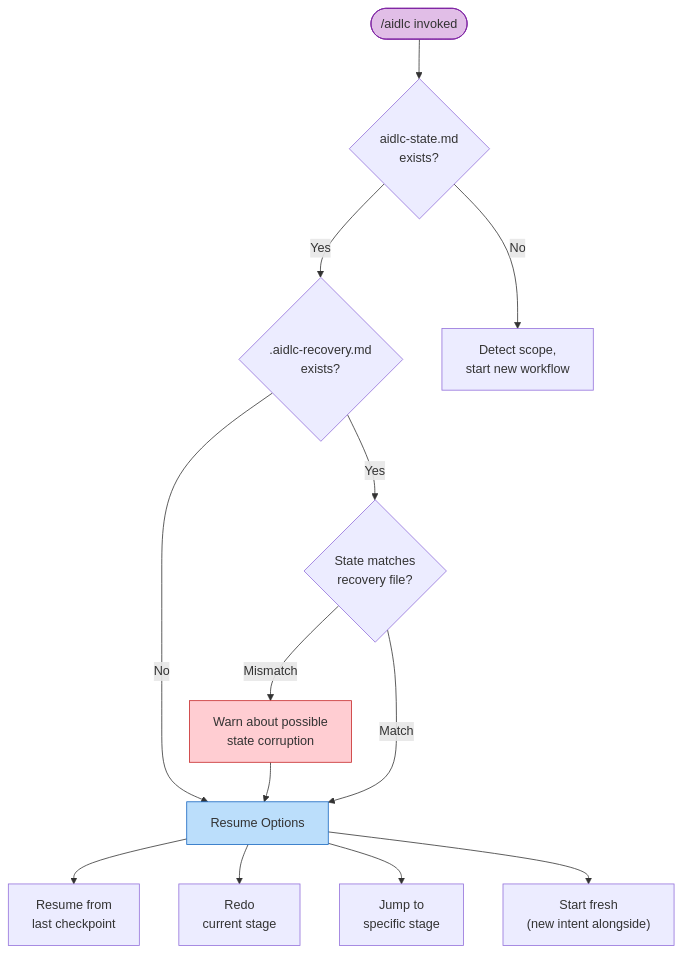
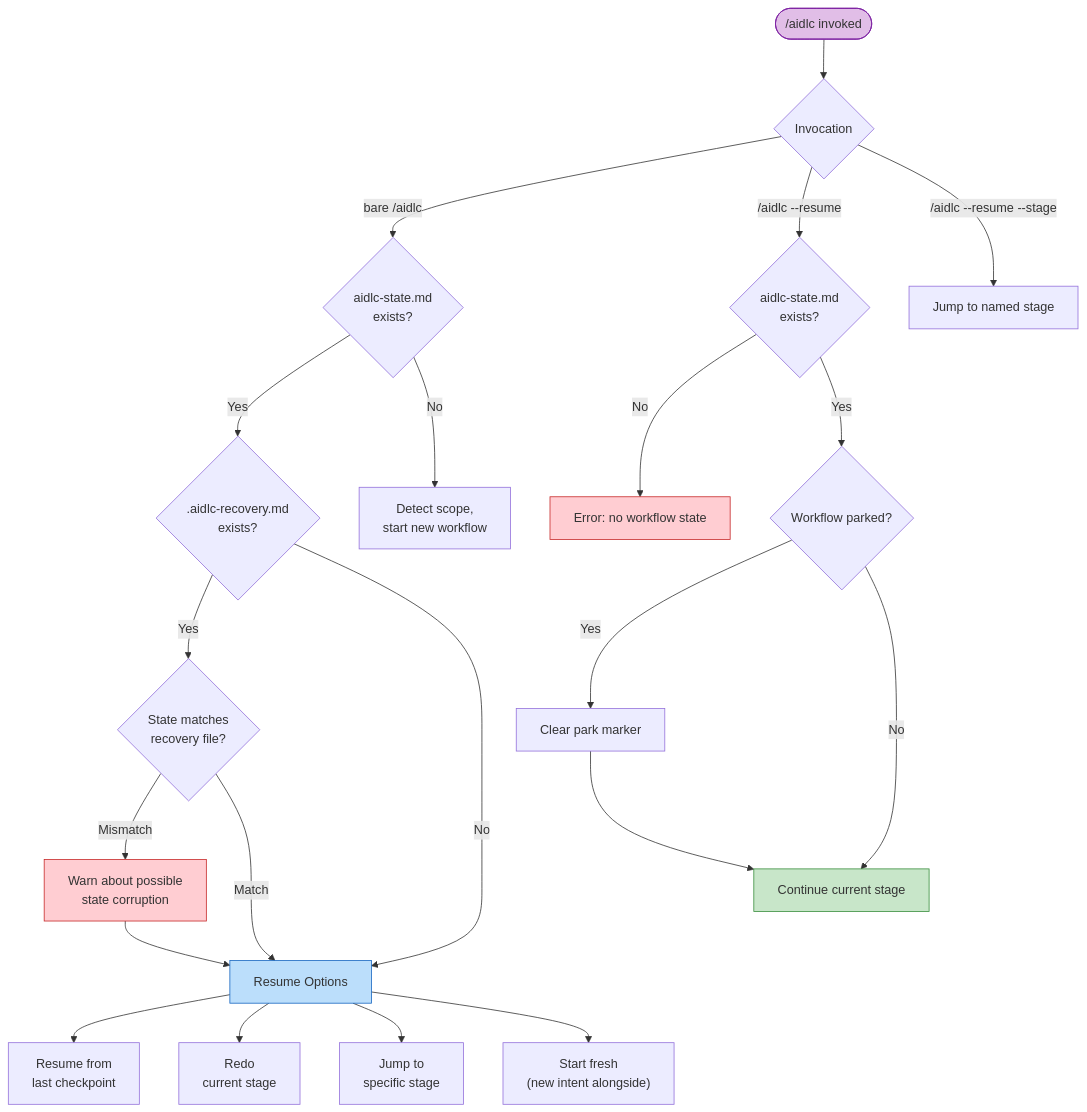
One commit to otomatty/aidlc-guide changed the diagram in docs/guide/en/11-session-management.md. Above: the diagram before and after it, drawn with Mermaid. The commit also changed other lines of this file and 77 other files, not shown here.

````diff
--- a/docs/guide/en/11-session-management.md
+++ b/docs/guide/en/11-session-management.md
@@ -17,34 +17,49 @@
 ```mermaid
 flowchart TD
     START(["/aidlc invoked"])
+    MODE{"Invocation"}
     STATE_EXISTS{"aidlc-state.md\nexists?"}
     RECOVERY_CHECK{".aidlc-recovery.md\nexists?"}
     CORRUPTION{"State matches\nrecovery file?"}
     WARN["Warn about possible\nstate corruption"]
     RESUME_MENU["Resume Options"]
-
     OPT_RESUME["Resume from\nlast checkpoint"]
     OPT_REDO["Redo\ncurrent stage"]
     OPT_JUMP["Jump to\nspecific stage"]
     OPT_FRESH["Start fresh\n(new intent alongside)"]
-
+    RESUME_STATE{"aidlc-state.md\nexists?"}
+    PARKED{"Workflow parked?"}
+    UNPARK["Clear park marker"]
+    CONTINUE["Continue current stage"]
+    JUMP["Jump to named stage"]
+    NO_STATE["Error: no workflow state"]
     SCOPE_DETECT["Detect scope,\nstart new workflow"]
 
-    START --> STATE_EXISTS
+    START --> MODE
+    MODE -->|"bare /aidlc"| STATE_EXISTS
+    MODE -->|"/aidlc --resume"| RESUME_STATE
+    MODE -->|"/aidlc --resume --stage"| JUMP
     STATE_EXISTS -->|Yes| RECOVERY_CHECK
     STATE_EXISTS -->|No| SCOPE_DETECT
 
     RECOVERY_CHECK -->|Yes| CORRUPTION
     RECOVERY_CHECK -->|No| RESUME_MENU
     CORRUPTION -->|Mismatch| WARN --> RESUME_MENU
     CORRUPTION -->|Match| RESUME_MENU
 
     RESUME_MENU --> OPT_RESUME
     RESUME_MENU --> OPT_REDO
     RESUME_MENU --> OPT_JUMP
     RESUME_MENU --> OPT_FRESH
 
+    RESUME_STATE -->|No| NO_STATE
+    RESUME_STATE -->|Yes| PARKED
+    PARKED -->|Yes| UNPARK --> CONTINUE
+    PARKED -->|No| CONTINUE
+
     style START fill:#e1bee7,stroke:#7b1fa2
     style RESUME_MENU fill:#bbdefb,stroke:#1565c0
+    style CONTINUE fill:#c8e6c9,stroke:#388e3c
     style WARN fill:#ffcdd2,stroke:#c62828
+    style NO_STATE fill:#ffcdd2,stroke:#c62828
 ```
````
